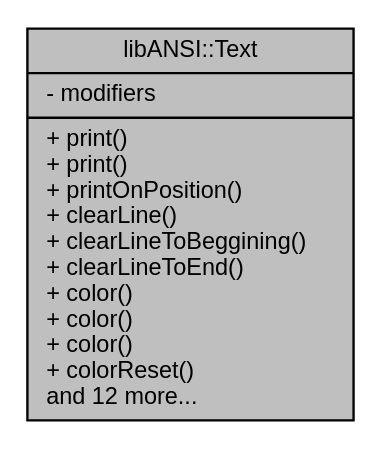
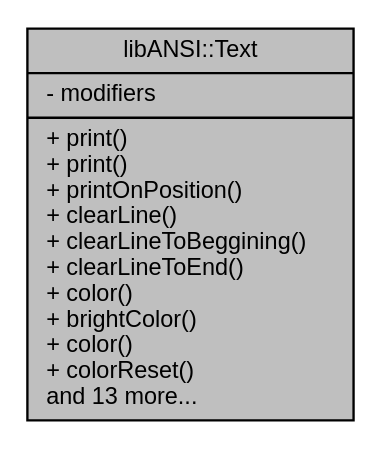
The diagram in doc/classlibANSI_1_1Text__coll__graph.dot (smejkalpetr/lib-ansi), drawn with Graphviz before and after one commit. The commit also changed 117 other files, not shown here.

```diff
--- a/doc/classlibANSI_1_1Text__coll__graph.dot
+++ b/doc/classlibANSI_1_1Text__coll__graph.dot
@@ -1,7 +1,7 @@
 digraph "libANSI::Text"
 {
  // LATEX_PDF_SIZE
   edge [fontname="Helvetica",fontsize="10",labelfontname="Helvetica",labelfontsize="10"];
   node [fontname="Helvetica",fontsize="10",shape=record];
-  Node1 [label="{libANSI::Text\n|- modifiers\l|+ print()\l+ print()\l+ printOnPosition()\l+ clearLine()\l+ clearLineToBeggining()\l+ clearLineToEnd()\l+ color()\l+ color()\l+ color()\l+ colorReset()\land 12 more...\l}",height=0.2,width=0.4,color="black", fillcolor="grey75", style="filled", fontcolor="black",tooltip=" "];
+  Node1 [label="{libANSI::Text\n|- modifiers\l|+ print()\l+ print()\l+ printOnPosition()\l+ clearLine()\l+ clearLineToBeggining()\l+ clearLineToEnd()\l+ color()\l+ brightColor()\l+ color()\l+ colorReset()\land 13 more...\l}",height=0.2,width=0.4,color="black", fillcolor="grey75", style="filled", fontcolor="black",tooltip=" "];
 }
```
